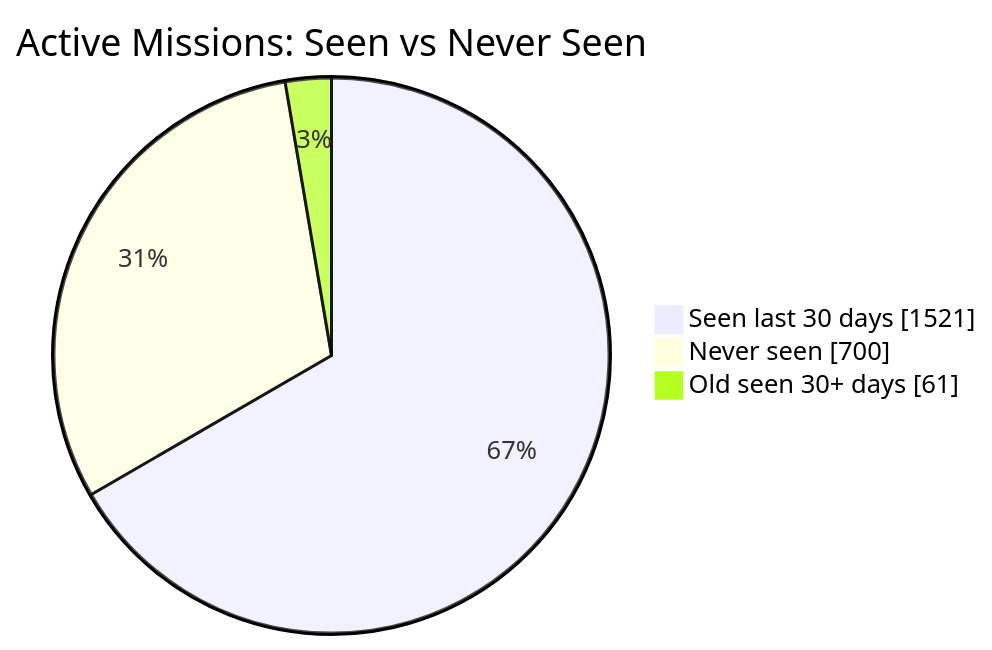
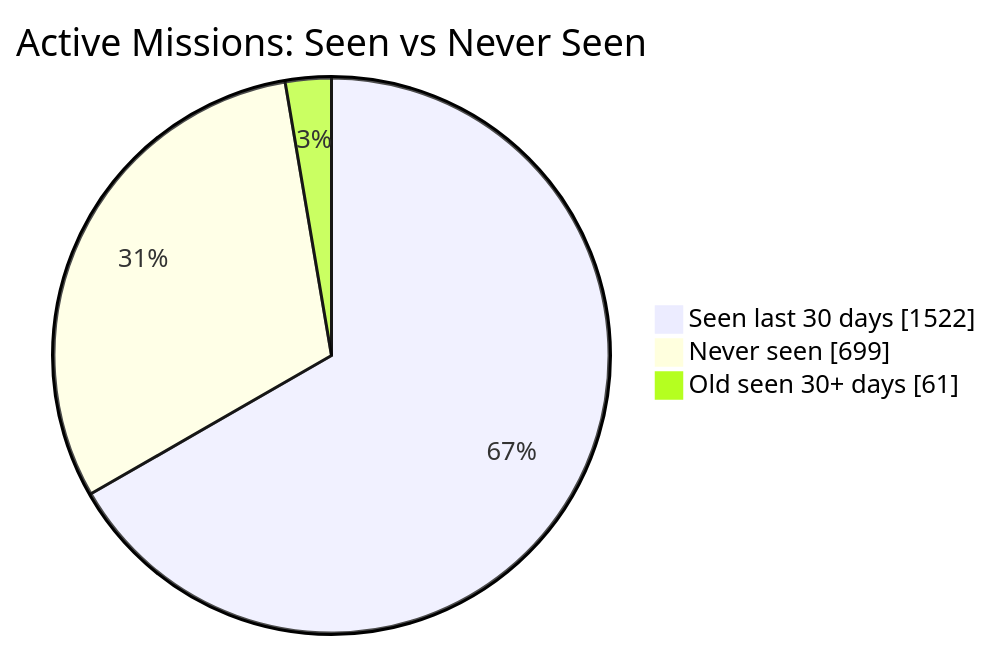
The first of 2 diagrams in README.md (MeldkamerspelGameTeam/active-missions), drawn with Mermaid before and after one commit. The commit also changed other lines of this file and 2 other files, not shown here.

````diff
--- a/README.md
+++ b/README.md
@@ -34,7 +34,7 @@
 ```mermaid
 pie showData
     title Active Missions: Seen vs Never Seen
-    "Seen last 30 days" : 1521
-    "Never seen" : 700
+    "Seen last 30 days" : 1522
+    "Never seen" : 699
     "Old seen 30+ days" : 61
 ```
````
